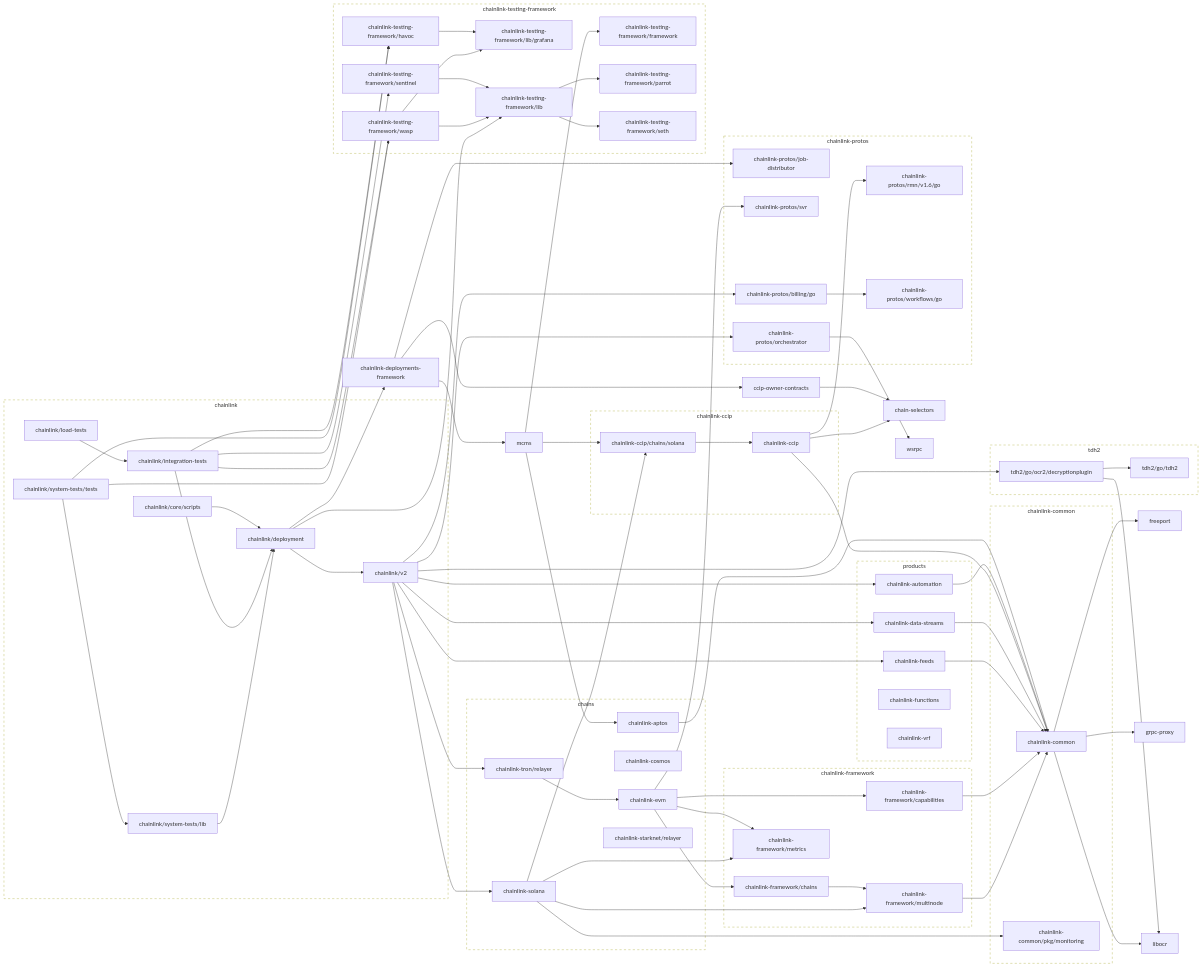
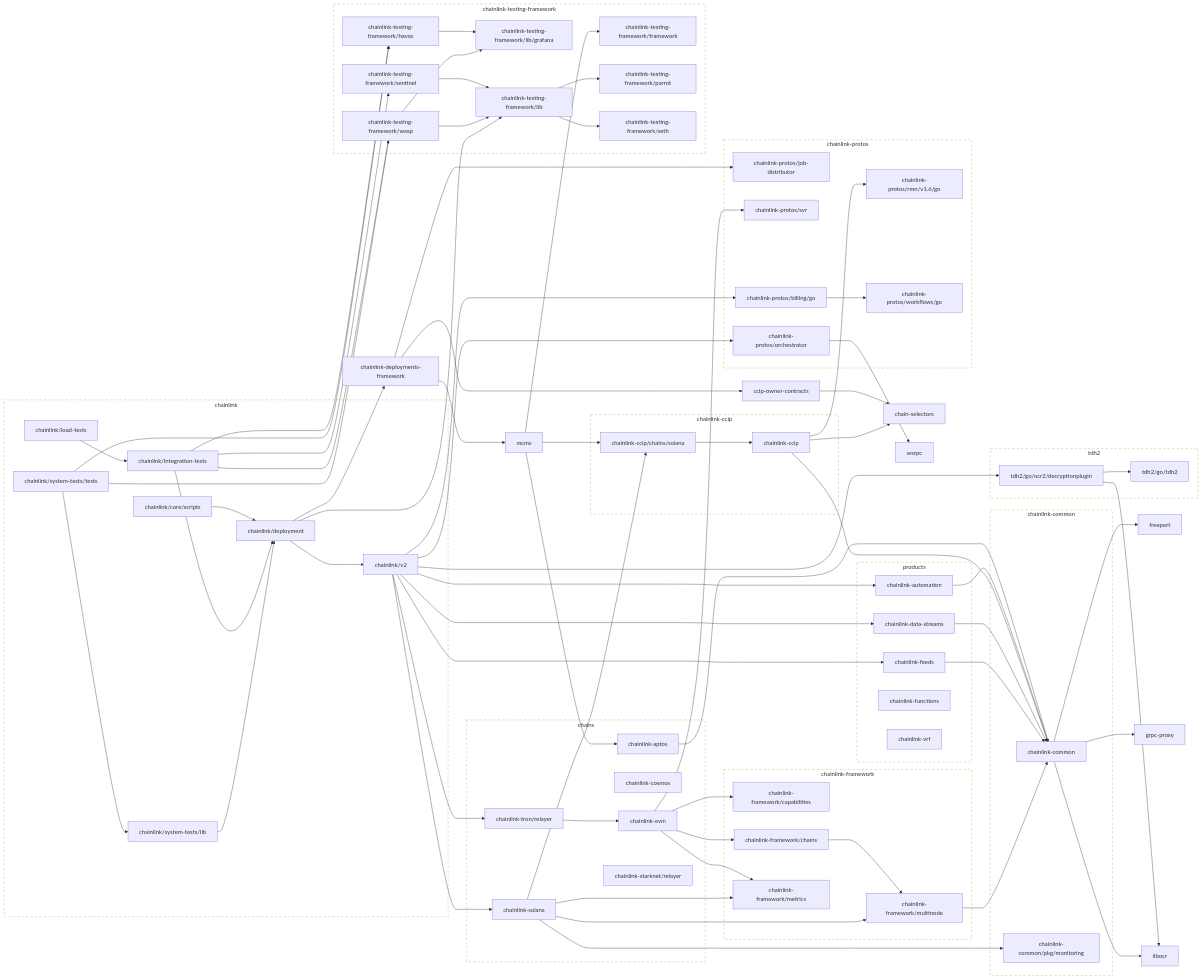
The second of 2 diagrams in go.md (JohnDaWalka/chainlink), drawn with Mermaid before and after one commit. The commit also changed other lines of this file and 22 other files, not shown here.

```diff
--- a/go.md
+++ b/go.md
@@ -189,7 +189,7 @@
 	click chainlink-evm href "https://github.com/smartcontractkit/chainlink-evm"
 	chainlink-feeds --> chainlink-common
 	click chainlink-feeds href "https://github.com/smartcontractkit/chainlink-feeds"
-	chainlink-framework/capabilities --> chainlink-common
+	chainlink-framework/capabilities
 	click chainlink-framework/capabilities href "https://github.com/smartcontractkit/chainlink-framework"
 	chainlink-framework/chains --> chainlink-framework/multinode
 	click chainlink-framework/chains href "https://github.com/smartcontractkit/chainlink-framework"
```
